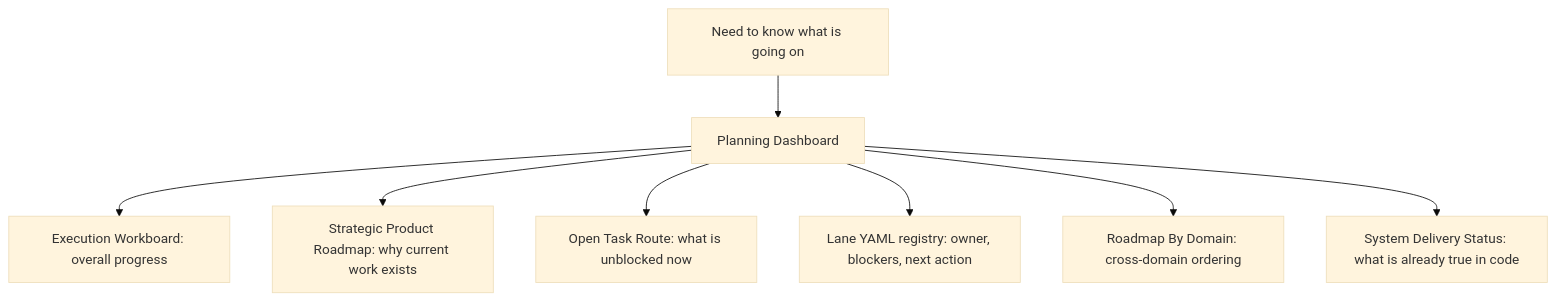
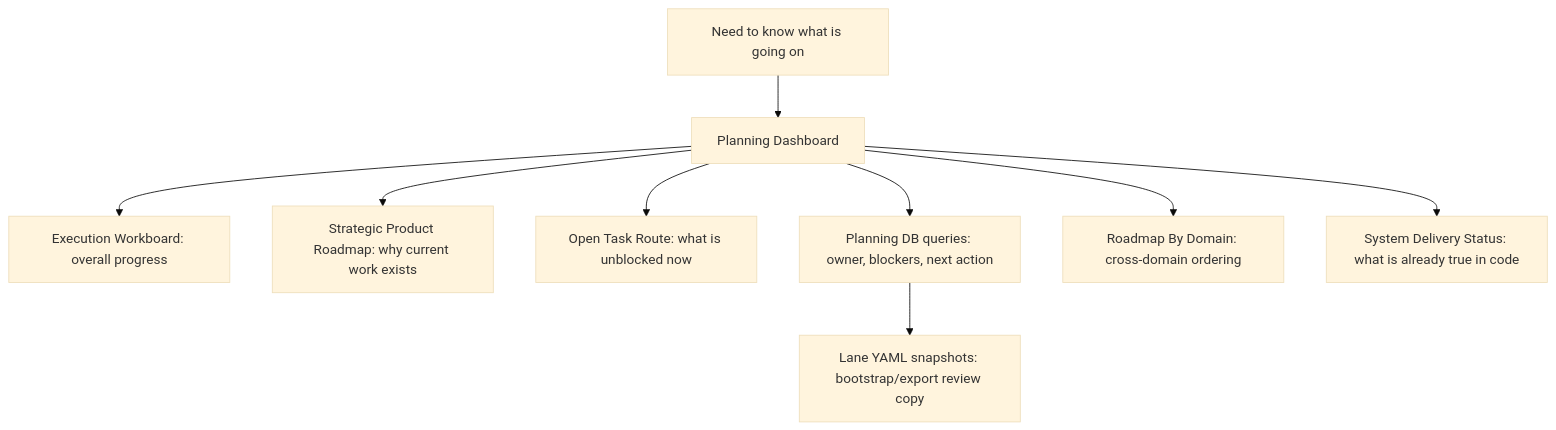
Before and after one commit to dunay2/dvt: the first of 2 diagrams in docs/planning/state/planning-dashboard.md, drawn with Mermaid (base theme). The commit also changed other lines of this file and 24 other files, not shown here.

````diff
--- a/docs/planning/state/planning-dashboard.md
+++ b/docs/planning/state/planning-dashboard.md
@@ -44,10 +47,11 @@
 ```mermaid
 flowchart TD
     Start["Need to know what is going on"] --> Dash["Planning Dashboard"]
     Dash --> Board["Execution Workboard: overall progress"]
     Dash --> Strategy["Strategic Product Roadmap: why current work exists"]
     Dash --> Route["Open Task Route: what is unblocked now"]
-    Dash --> Lanes["Lane YAML registry: owner, blockers, next action"]
+    Dash --> DB["Planning DB queries: owner, blockers, next action"]
+    DB --> Lanes["Lane YAML snapshots: bootstrap/export review copy"]
     Dash --> Roadmap["Roadmap By Domain: cross-domain ordering"]
     Dash --> Status["System Delivery Status: what is already true in code"]
 ```
````
